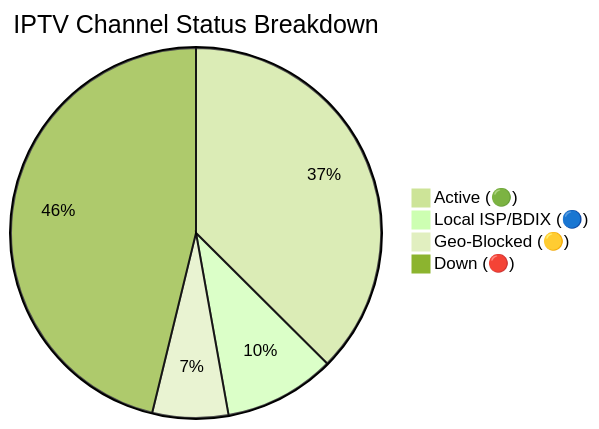
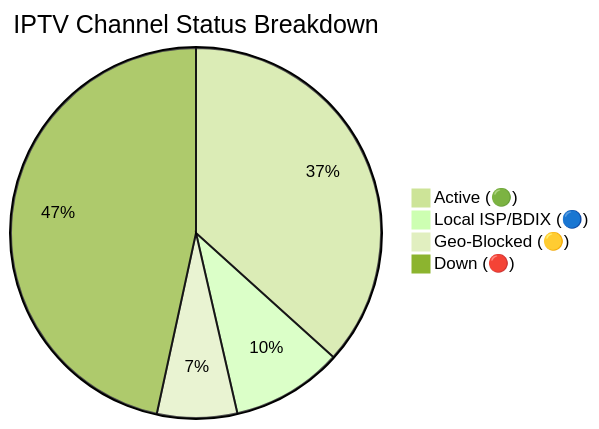
Before and after one commit to andreataylord/Ip-tv-Collection: the diagram in README.md, drawn with Mermaid (forest theme). The commit also changed other lines of this file and 1 other file, not shown here.

Commit message:
docs(readme): auto-update daily channel status chart

````diff
--- a/README.md
+++ b/README.md
@@ -59,7 +59,7 @@
 ```mermaid
 pie title IPTV Channel Status Breakdown
-    "Active (🟢)" : 2957
+    "Active (🟢)" : 2896
     "Local ISP/BDIX (🔵)" : 767
-    "Geo-Blocked (🟡)" : 523
-    "Down (🔴)" : 3646
+    "Geo-Blocked (🟡)" : 552
+    "Down (🔴)" : 3678
 ```
````
